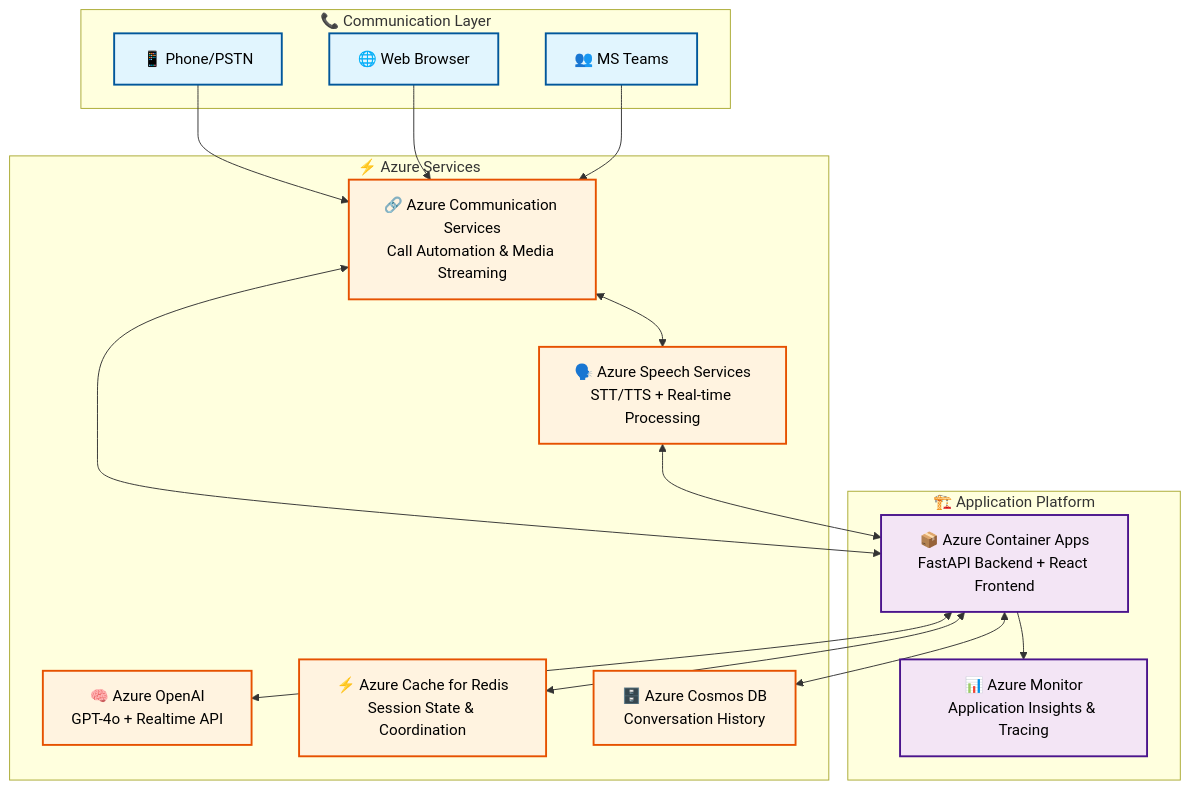
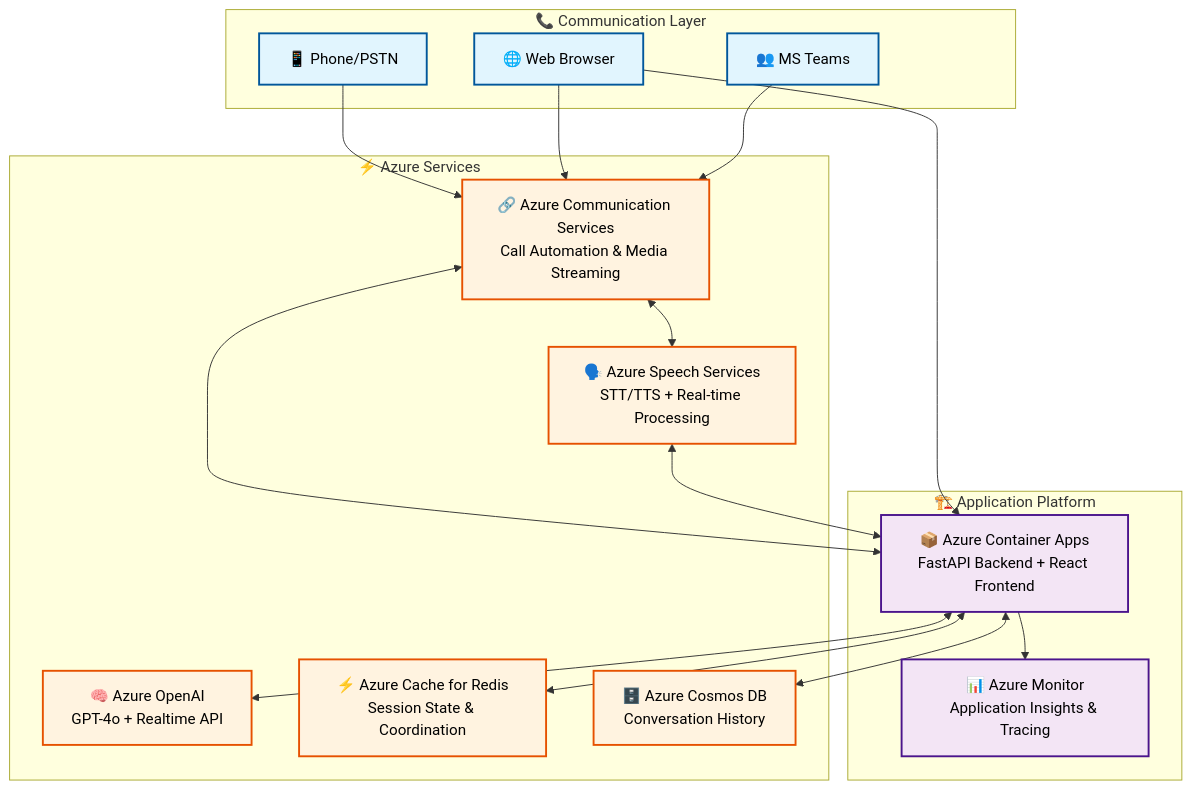
One commit to Azure-Samples/art-voice-agent-accelerator changed the diagram in docs/index.md. Above: the diagram before and after it, drawn with Mermaid. The commit also changed 62 other files, not shown here.

````diff
--- a/docs/index.md
+++ b/docs/index.md
@@ -102,41 +102,42 @@
 ```mermaid
 graph TB
     subgraph "📞 Communication Layer"
         Phone[📱 Phone/PSTN]
         Browser[🌐 Web Browser]
         Teams[👥 MS Teams]
     end
     
     subgraph "⚡ Azure Services"
         ACS[🔗 Azure Communication Services<br/>Call Automation & Media Streaming]
         Speech[🗣️ Azure Speech Services<br/>STT/TTS + Real-time Processing]  
         OpenAI[🧠 Azure OpenAI<br/>GPT-4o + Realtime API]
         Redis[⚡ Azure Cache for Redis<br/>Session State & Coordination]
         Cosmos[🗄️ Azure Cosmos DB<br/>Conversation History]
     end
     
     subgraph "🏗️ Application Platform"
         Apps[📦 Azure Container Apps<br/>FastAPI Backend + React Frontend]
         Monitor[📊 Azure Monitor<br/>Application Insights & Tracing]
     end
     
     Phone --> ACS
-    Browser --> ACS 
+    Browser --> Apps
+    Browser --> ACS
     Teams --> ACS
     ACS <--> Speech
     ACS <--> Apps
     Speech <--> Apps
     Apps <--> OpenAI
     Apps <--> Redis
     Apps <--> Cosmos
     Apps --> Monitor
     
     classDef communication fill:#e1f5fe,stroke:#01579b,stroke-width:2px,color:#000
     classDef azure fill:#fff3e0,stroke:#e65100,stroke-width:2px,color:#000
     classDef platform fill:#f3e5f5,stroke:#4a148c,stroke-width:2px,color:#000
     
     class Phone,Browser,Teams communication
     class ACS,Speech,OpenAI,Redis,Cosmos azure
     class Apps,Monitor platform
 
 ```
````
